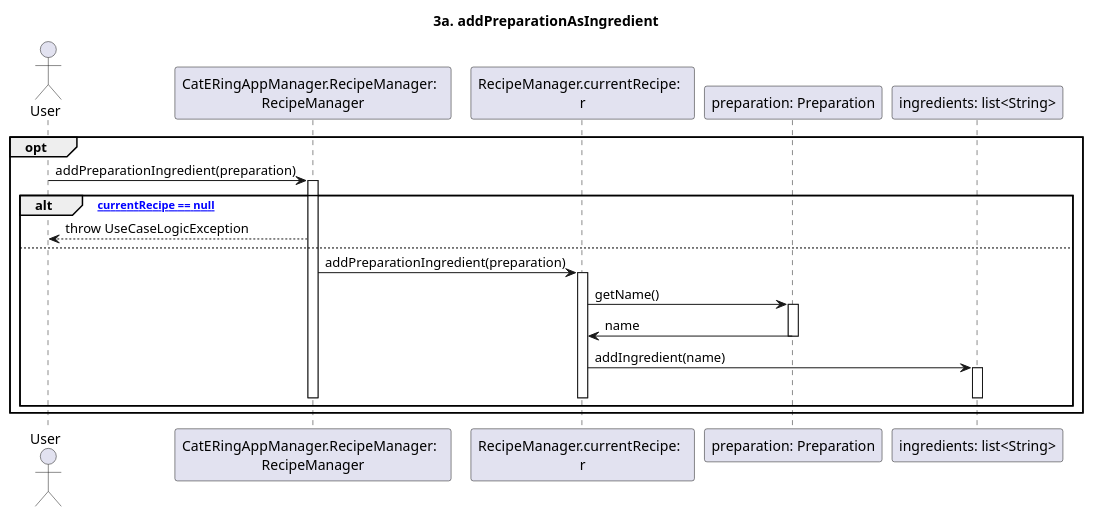
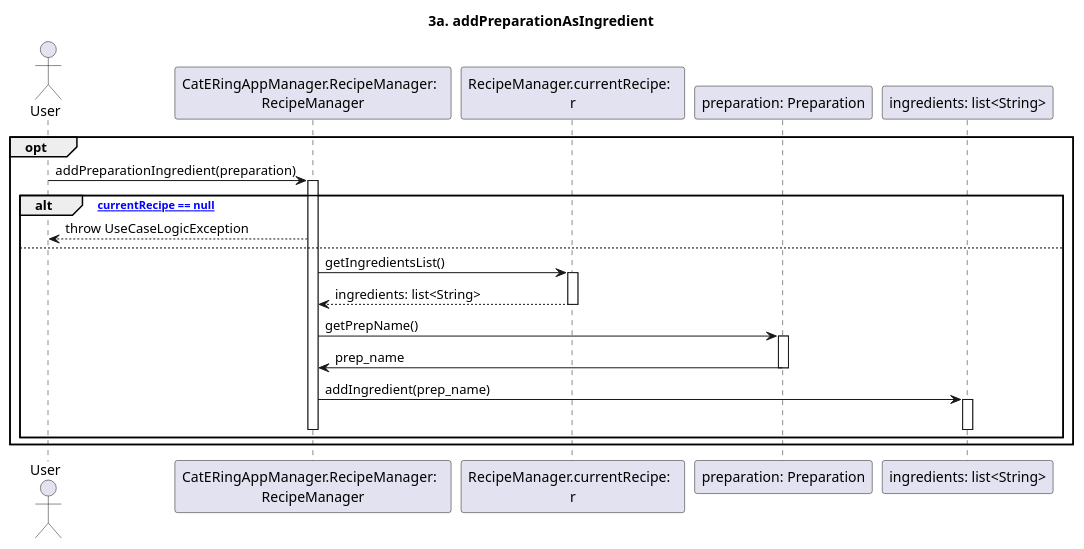
One commit to m0canu1/sas changed the diagram in dsd/dsd-ricette/estensioni/3a-addPreparationIngredient.md. Above: the diagram before and after it, drawn with PlantUML. The commit also changed 8 other files, not shown here.

````diff
--- a/dsd/dsd-ricette/estensioni/3a-addPreparationIngredient.md
+++ b/dsd/dsd-ricette/estensioni/3a-addPreparationIngredient.md
@@ -1,32 +1,33 @@
 ```plantuml
 
 title: 3a. addPreparationAsIngredient
 
 Actor User
 Participant "CatERingAppManager.RecipeManager:  \nRecipeManager" as RM
 Participant "RecipeManager.currentRecipe:  \nr" as CR
 
 opt 
 
 	User -> RM: addPreparationIngredient(preparation)
 	Activate RM
 
 	alt ["currentRecipe == null"]
 		RM --> User: throw UseCaseLogicException
 	else 
-		RM -> CR:  addPreparationIngredient(preparation)
+		RM -> CR:  getIngredientsList()
 		Activate CR
-		CR -> "preparation: Preparation": getName()
+        CR --> RM: ingredients: list<String>
+        Deactivate CR
+		RM -> "preparation: Preparation": getPrepName()
 		Activate "preparation: Preparation"
-		"preparation: Preparation" -> CR: name
+		"preparation: Preparation" -> RM: prep_name
 		Deactivate "preparation: Preparation"
-		CR -> "ingredients: list<String>": addIngredient(name)
-		Activate "ingredients: list<String>"
+        RM -> "ingredients: list<String>": addIngredient(prep_name)
+        Activate "ingredients: list<String>"
 		Deactivate "ingredients: list<String>"
-		Deactivate CR
 		Deactivate RM
 	end
 
 end
 
 ```
````
